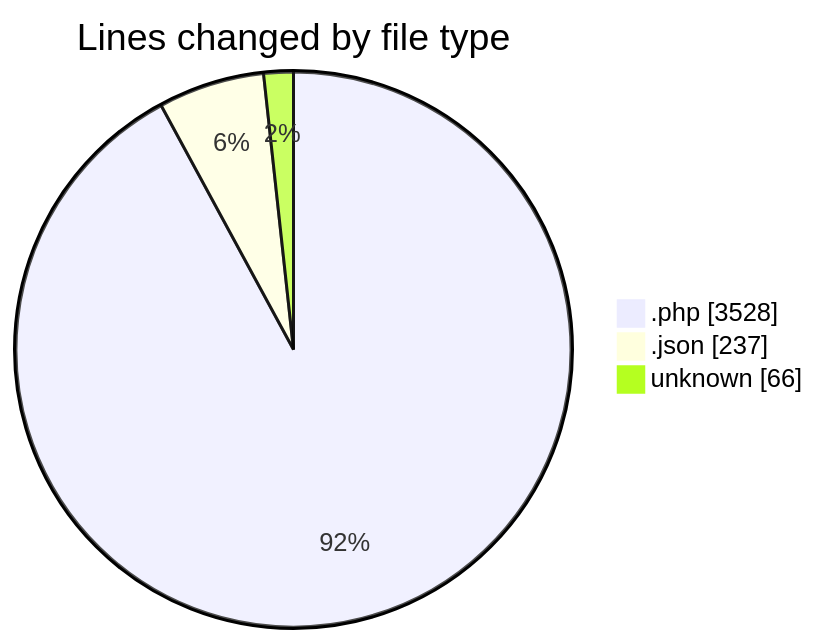
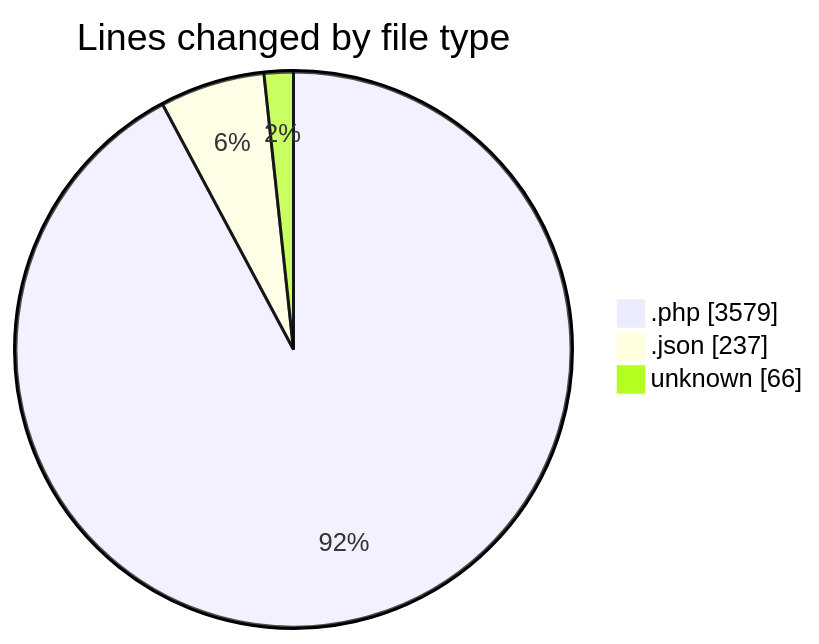
One commit to idhammustaqopulfikri/code-tracking changed the first of 2 diagrams in 2025-06-06/sewa-mobil/README.md. Above: the diagram before and after it, drawn with Mermaid. The commit also changed other lines of this file and 1 other file, not shown here.

````diff
--- a/2025-06-06/sewa-mobil/README.md
+++ b/2025-06-06/sewa-mobil/README.md
@@ -31,7 +32,7 @@
 ```mermaid
 pie showData
 title Lines changed by file type
-".php" : 3528
+".php" : 3579
 ".json" : 237
 "unknown" : 66
 ```
````
